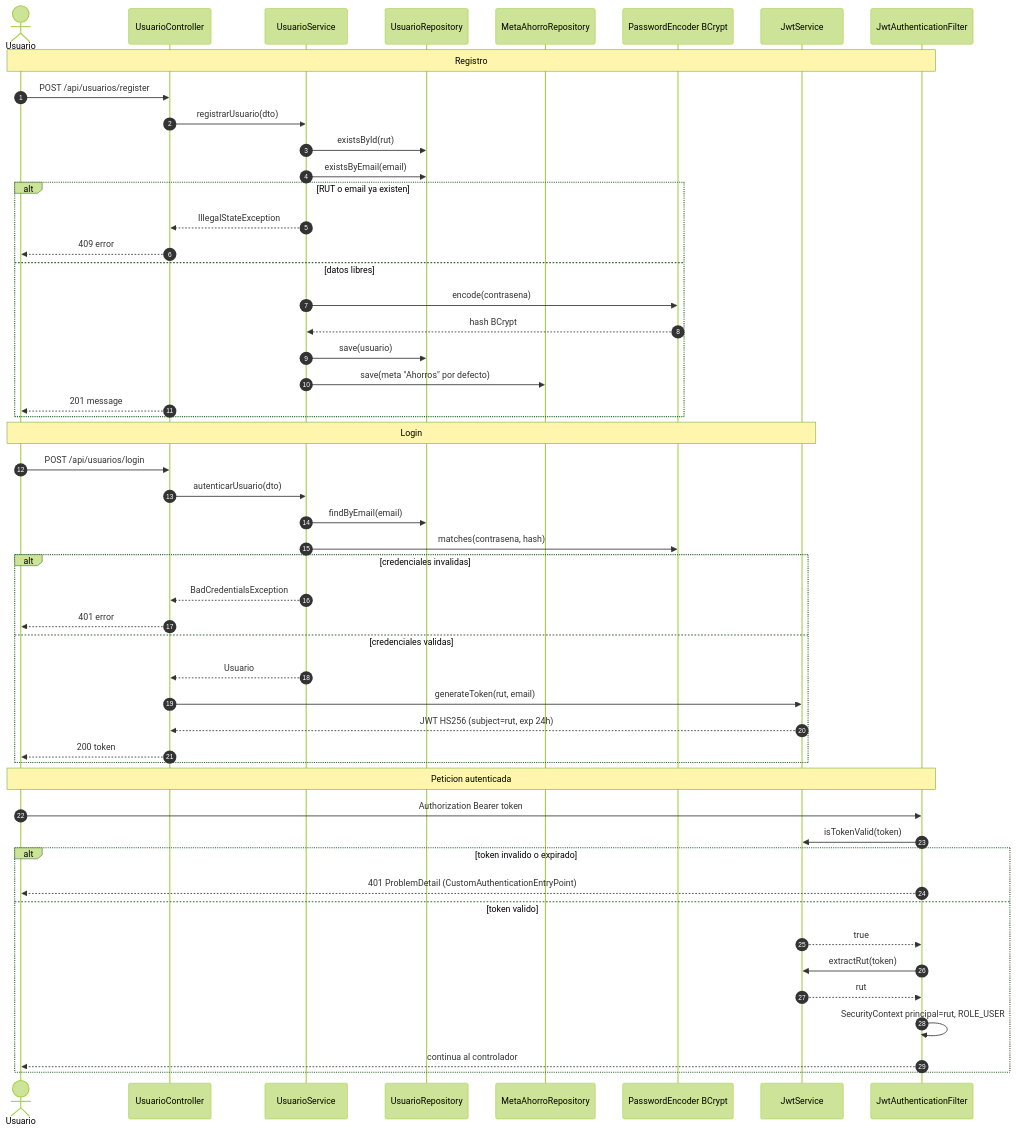
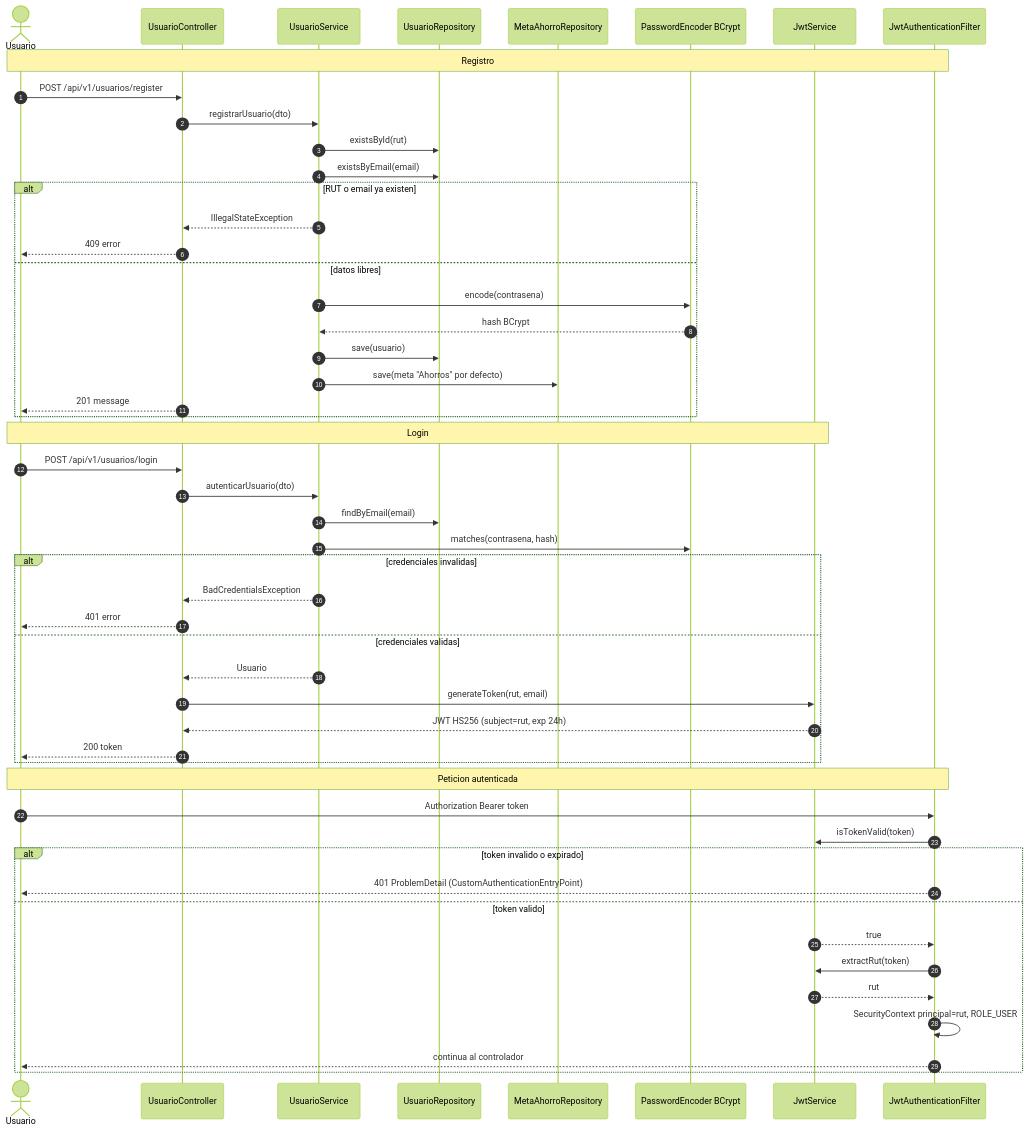
One commit to ItsMilkey/LITE changed the diagram in docs/diagramas/09-flujo-auth.md. Above: the diagram before and after it, drawn with Mermaid (forest theme). The commit also changed other lines of this file and 95 other files, not shown here.

````diff
--- a/docs/diagramas/09-flujo-auth.md
+++ b/docs/diagramas/09-flujo-auth.md
@@ -16,56 +16,56 @@
 ```mermaid
 sequenceDiagram
     autonumber
     actor U as Usuario
     participant C as UsuarioController
     participant S as UsuarioService
     participant R as UsuarioRepository
     participant MR as MetaAhorroRepository
     participant PE as PasswordEncoder BCrypt
     participant J as JwtService
     participant F as JwtAuthenticationFilter
 
     Note over U,F: Registro
-    U->>C: POST /api/usuarios/register
+    U->>C: POST /api/v1/usuarios/register
     C->>S: registrarUsuario(dto)
     S->>R: existsById(rut)
     S->>R: existsByEmail(email)
     alt RUT o email ya existen
         S-->>C: IllegalStateException
         C-->>U: 409 error
     else datos libres
         S->>PE: encode(contrasena)
         PE-->>S: hash BCrypt
         S->>R: save(usuario)
         S->>MR: save(meta "Ahorros" por defecto)
         C-->>U: 201 message
     end
 
     Note over U,J: Login
-    U->>C: POST /api/usuarios/login
+    U->>C: POST /api/v1/usuarios/login
     C->>S: autenticarUsuario(dto)
     S->>R: findByEmail(email)
     S->>PE: matches(contrasena, hash)
     alt credenciales invalidas
         S-->>C: BadCredentialsException
         C-->>U: 401 error
     else credenciales validas
         S-->>C: Usuario
         C->>J: generateToken(rut, email)
         J-->>C: JWT HS256 (subject=rut, exp 24h)
         C-->>U: 200 token
     end
 
     Note over U,F: Peticion autenticada
     U->>F: Authorization Bearer token
     F->>J: isTokenValid(token)
     alt token invalido o expirado
         F-->>U: 401 ProblemDetail (CustomAuthenticationEntryPoint)
     else token valido
         J-->>F: true
         F->>J: extractRut(token)
         J-->>F: rut
         F->>F: SecurityContext principal=rut, ROLE_USER
         F-->>U: continua al controlador
     end
 ```
````
